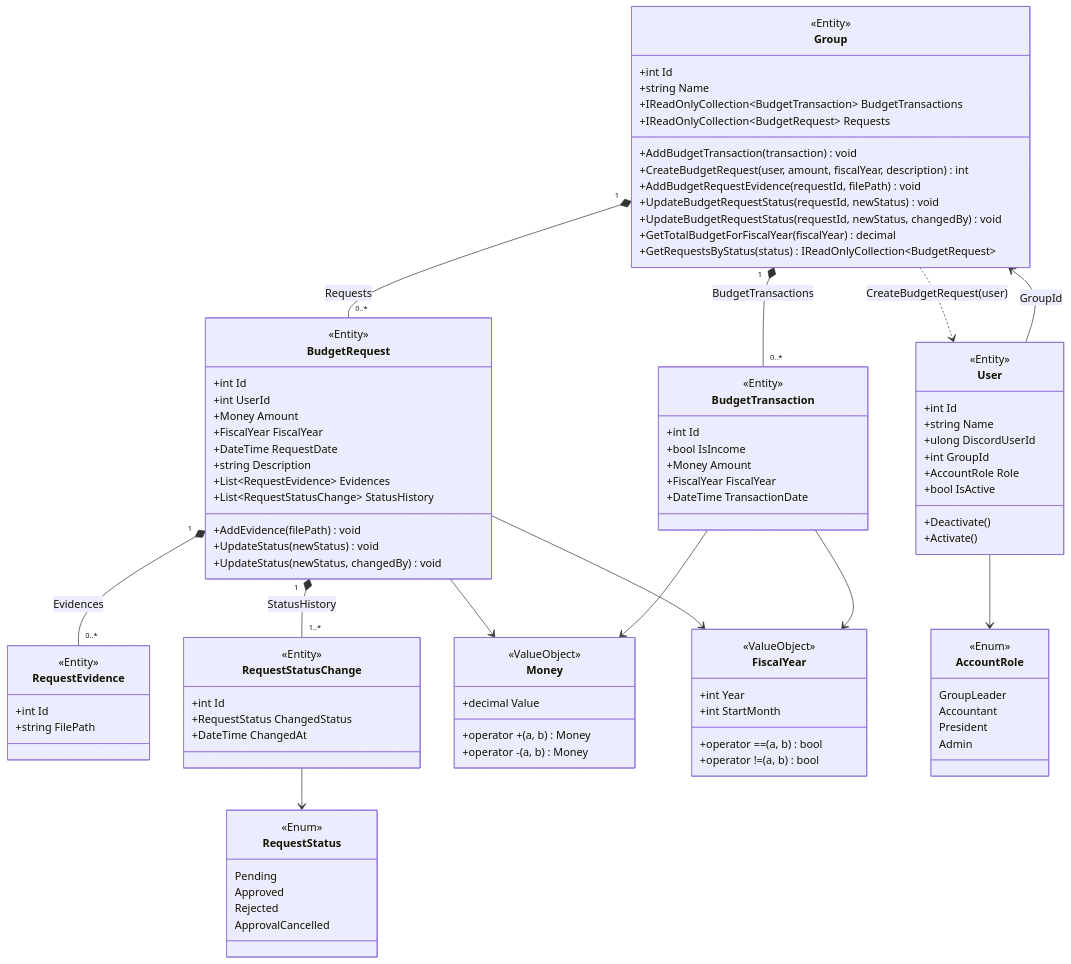
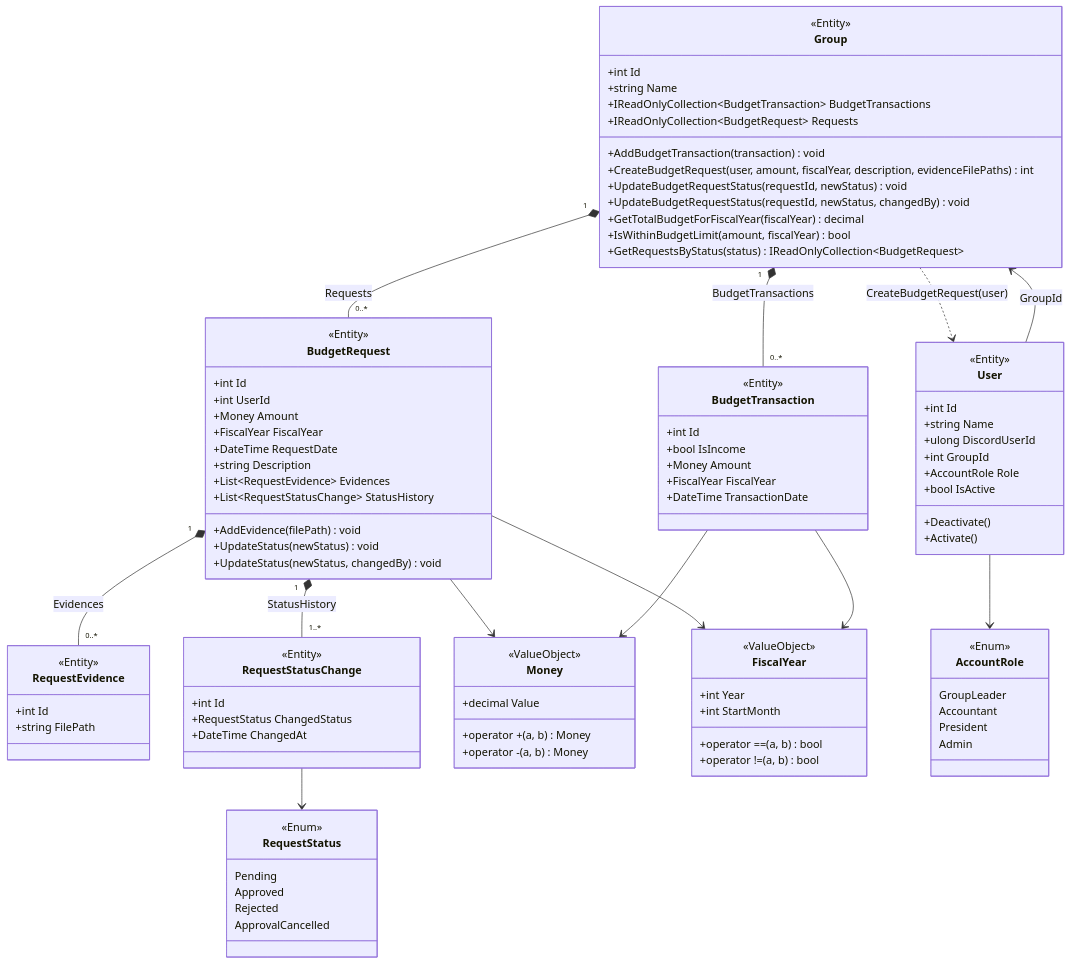
The second of 2 diagrams in docs/design.md (CASru-IT/BudgetManagementBotSystem), drawn with Mermaid before and after one commit. The commit also changed other lines of this file and 2 other files, not shown here.

```diff
--- a/docs/design.md
+++ b/docs/design.md
@@ -151,11 +153,11 @@
   +IReadOnlyCollection~BudgetTransaction~ BudgetTransactions
   +IReadOnlyCollection~BudgetRequest~ Requests
   +AddBudgetTransaction(transaction) void
-  +CreateBudgetRequest(user, amount, fiscalYear, description) int
-  +AddBudgetRequestEvidence(requestId, filePath) void
+  +CreateBudgetRequest(user, amount, fiscalYear, description, evidenceFilePaths) int
   +UpdateBudgetRequestStatus(requestId, newStatus) void
   +UpdateBudgetRequestStatus(requestId, newStatus, changedBy) void
   +GetTotalBudgetForFiscalYear(fiscalYear) decimal
+  +IsWithinBudgetLimit(amount, fiscalYear) bool
   +GetRequestsByStatus(status) IReadOnlyCollection~BudgetRequest~
 }
 
```
